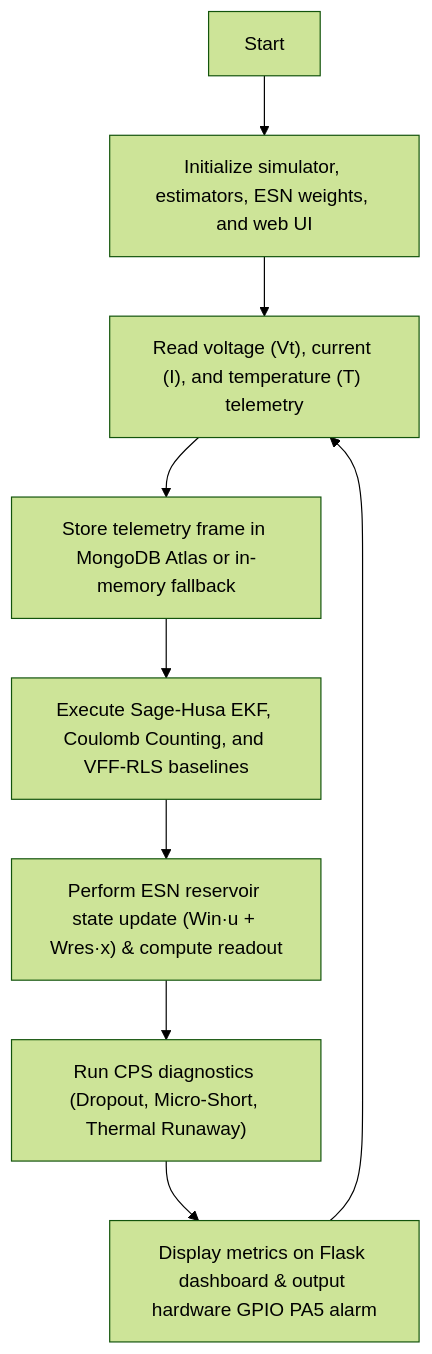
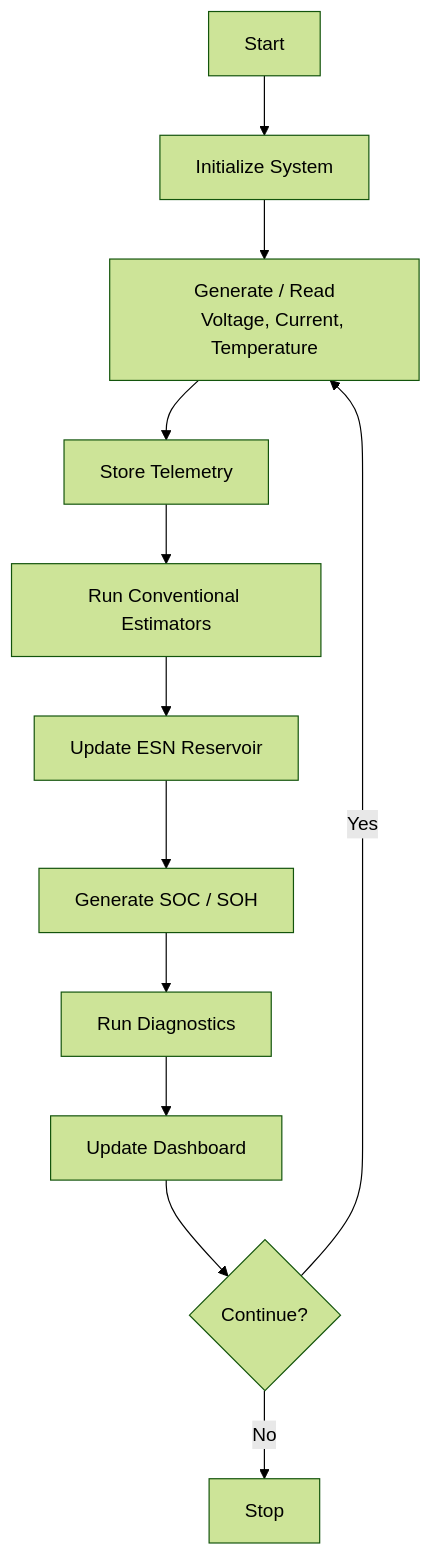
The third of 3 diagrams in README.md (tanish-jain-225/Battery_State_Estimator_BE_Project_2026_2027), drawn with Mermaid (forest theme) before and after one commit. The commit also changed other lines of this file, not shown here.

````diff
--- a/README.md
+++ b/README.md
@@ -263,11 +520,39 @@
 ```mermaid
 flowchart TD
-    A["Start"] --> B["Initialize simulator, estimators, ESN weights, and web UI"]
-    B --> C["Read voltage (Vt), current (I), and temperature (T) telemetry"]
-    C --> D["Store telemetry frame in MongoDB Atlas or in-memory fallback"]
-    D --> E["Execute Sage-Husa EKF, Coulomb Counting, and VFF-RLS baselines"]
-    E --> F["Perform ESN reservoir state update (Win·u + Wres·x) & compute readout"]
-    F --> G["Run CPS diagnostics (Dropout, Micro-Short, Thermal Runaway)"]
-    G --> H["Display metrics on Flask dashboard & output hardware GPIO PA5 alarm"]
-    H --> C
+
+    A["Start"]
+
+    B["Initialize System"]
+
+    C["Generate / Read
+    Voltage, Current, Temperature"]
+
+    D["Store Telemetry"]
+
+    E["Run Conventional Estimators"]
+
+    F["Update ESN Reservoir"]
+
+    G["Generate SOC / SOH"]
+
+    H["Run Diagnostics"]
+
+    I["Update Dashboard"]
+
+    J{"Continue?"}
+
+    K["Stop"]
+
+    A --> B
+    B --> C
+    C --> D
+    D --> E
+    E --> F
+    F --> G
+    G --> H
+    H --> I
+    I --> J
+
+    J -- Yes --> C
+    J -- No --> K
 ```
````
